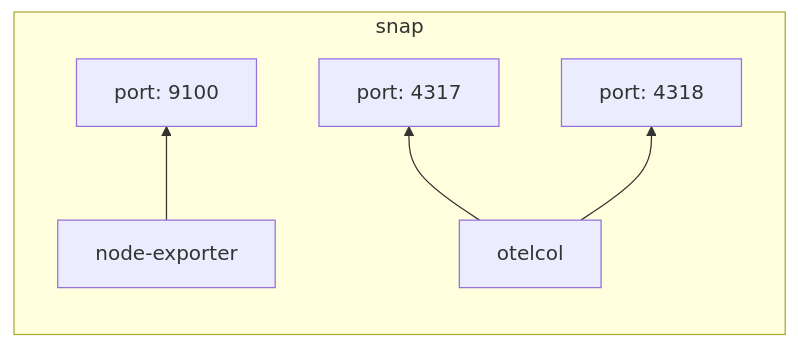
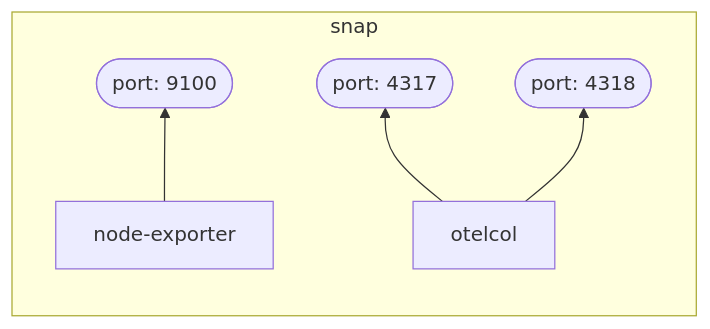
The first of 8 diagrams in decision-records/2025-03-20--node-exporter-otelcol-adr.md (canonical/observability), drawn with Mermaid before and after one commit.

Commit message:
fix ports shape

````diff
--- a/decision-records/2025-03-20--node-exporter-otelcol-adr.md
+++ b/decision-records/2025-03-20--node-exporter-otelcol-adr.md
@@ -61,14 +61,14 @@
 ```mermaid
 flowchart TD
     subgraph snap
         direction BT
         otelcol
         node-exporter
-        port9100["port: 9100"]
+        port9100(["port: 9100"])
         node-exporter --> port9100
-        port4317["port: 4317"]
-        port4318["port: 4318"]
+        port4317(["port: 4317"])
+        port4318(["port: 4318"])
         otelcol --> port4317
         otelcol --> port4318
     end
 ```
````
